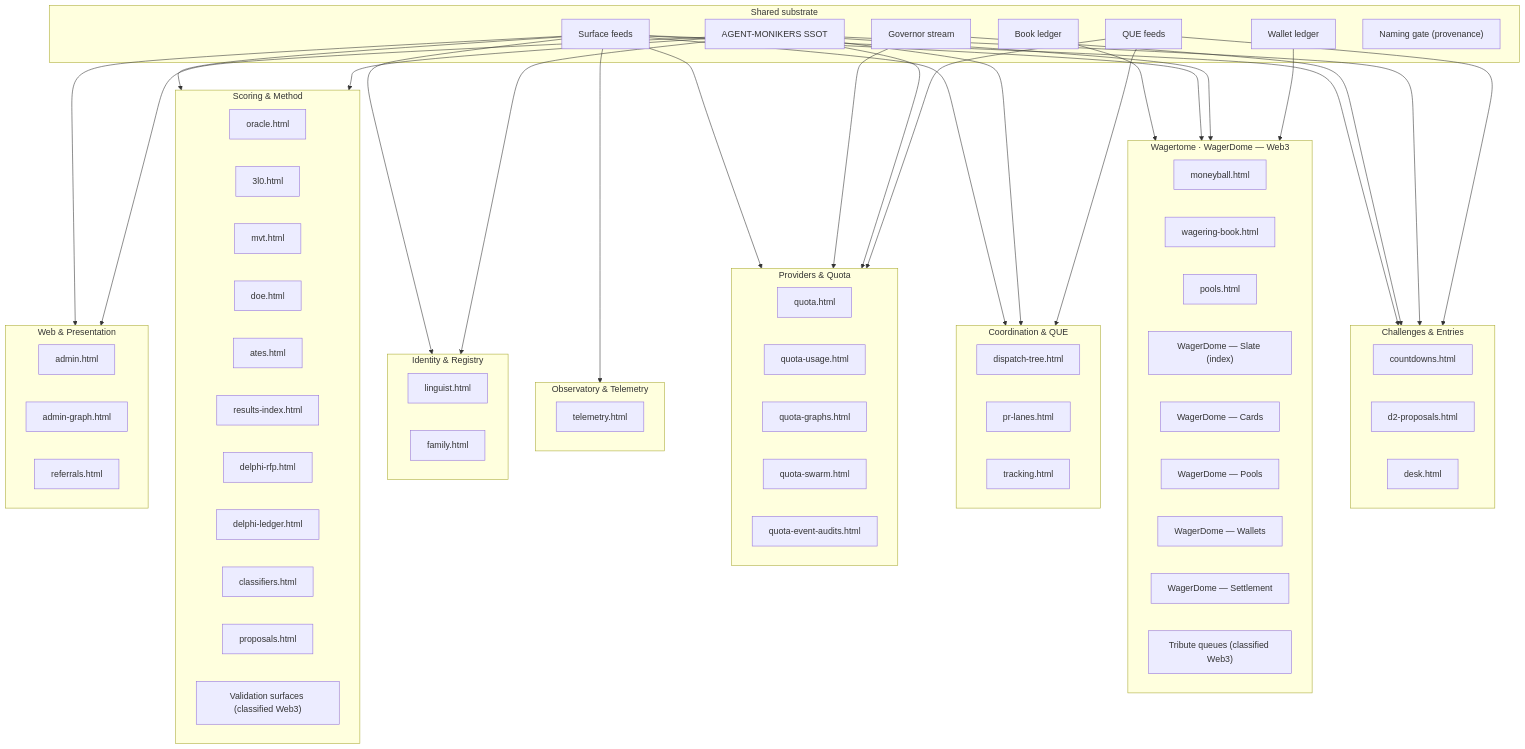
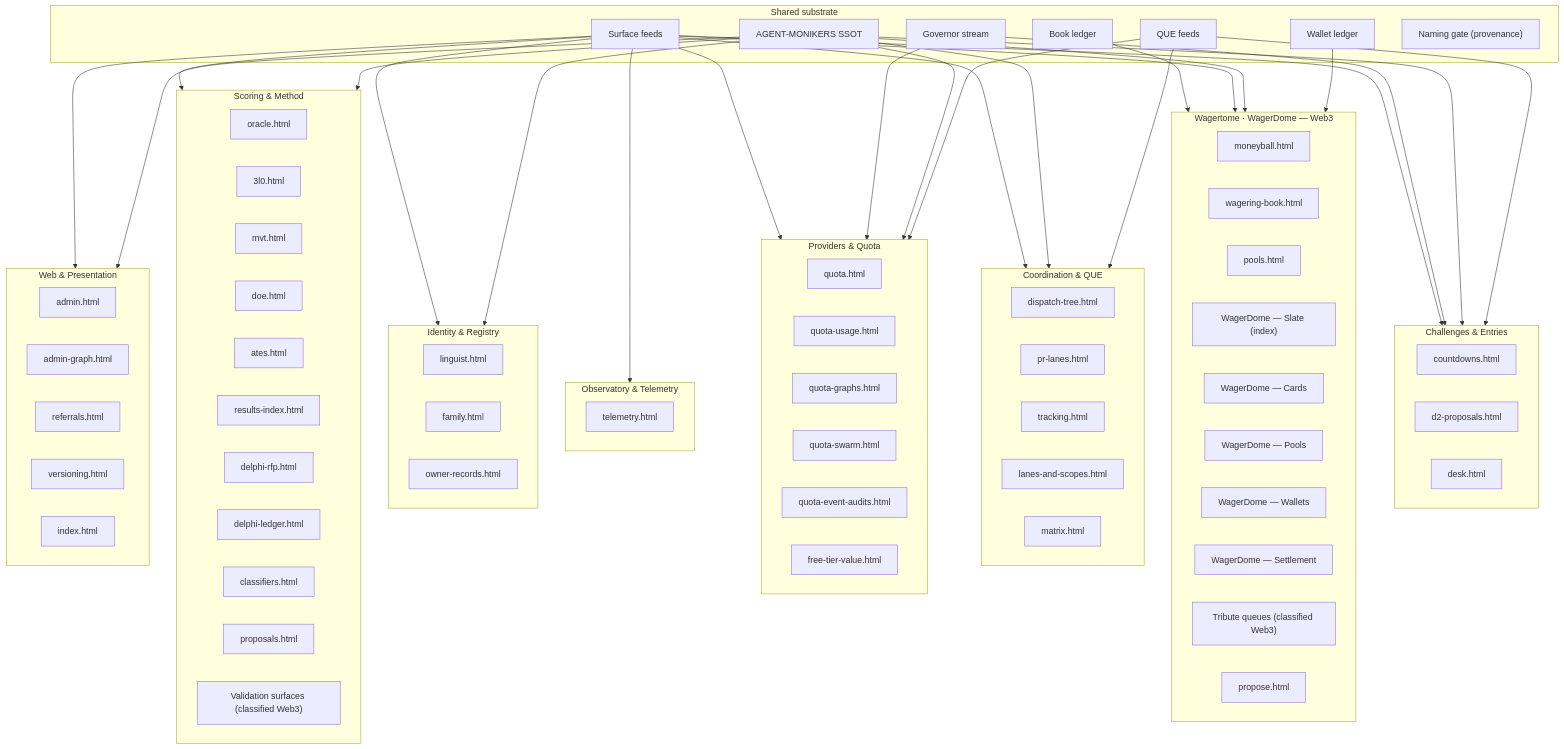
Before and after one commit to timerloggedout-spec/termux-monorepo: the diagram in docs/ops/SURFACES-MAP.md, drawn with Mermaid. The commit also changed other lines of this file and 2 other files, not shown here.

Commit message:
viz(map): Recon census — +propose.html + 5 tribute non-carriers + index shell (44 surfaces + 2 classes; tribute = all 36 .html @master)

```diff
--- a/docs/ops/SURFACES-MAP.md
+++ b/docs/ops/SURFACES-MAP.md
@@ -20,14 +20,15 @@
   subgraph PL_identity["Identity & Registry"]
     identity_0["linguist.html"]
     identity_1["family.html"]
+    identity_2["owner-records.html"]
   end
   subgraph PL_quota["Providers & Quota"]
     quota_0["quota.html"]
     quota_1["quota-usage.html"]
     quota_2["quota-graphs.html"]
     quota_3["quota-swarm.html"]
-    quota_4["free-tier-value.html"]
     quota_4["quota-event-audits.html"]
+    quota_5["free-tier-value.html"]
   end
   subgraph PL_scoring["Scoring & Method"]
     scoring_0["oracle.html"]
@@ -57,6 +58,7 @@
     moneyball_6["WagerDome — Wallets"]
     moneyball_7["WagerDome — Settlement"]
     moneyball_8["Tribute queues (classified Web3)"]
+    moneyball_9["propose.html"]
   end
   subgraph PL_observatory["Observatory & Telemetry"]
     observatory_0["telemetry.html"]
@@ -65,11 +67,15 @@
     coordination_0["dispatch-tree.html"]
     coordination_1["pr-lanes.html"]
     coordination_2["tracking.html"]
+    coordination_3["lanes-and-scopes.html"]
+    coordination_4["matrix.html"]
   end
   subgraph PL_web["Web & Presentation"]
     web_0["admin.html"]
     web_1["admin-graph.html"]
     web_2["referrals.html"]
+    web_3["versioning.html"]
+    web_4["index.html"]
   end
   bookledger --> PL_moneyball
   feeds --> PL_coordination
```
